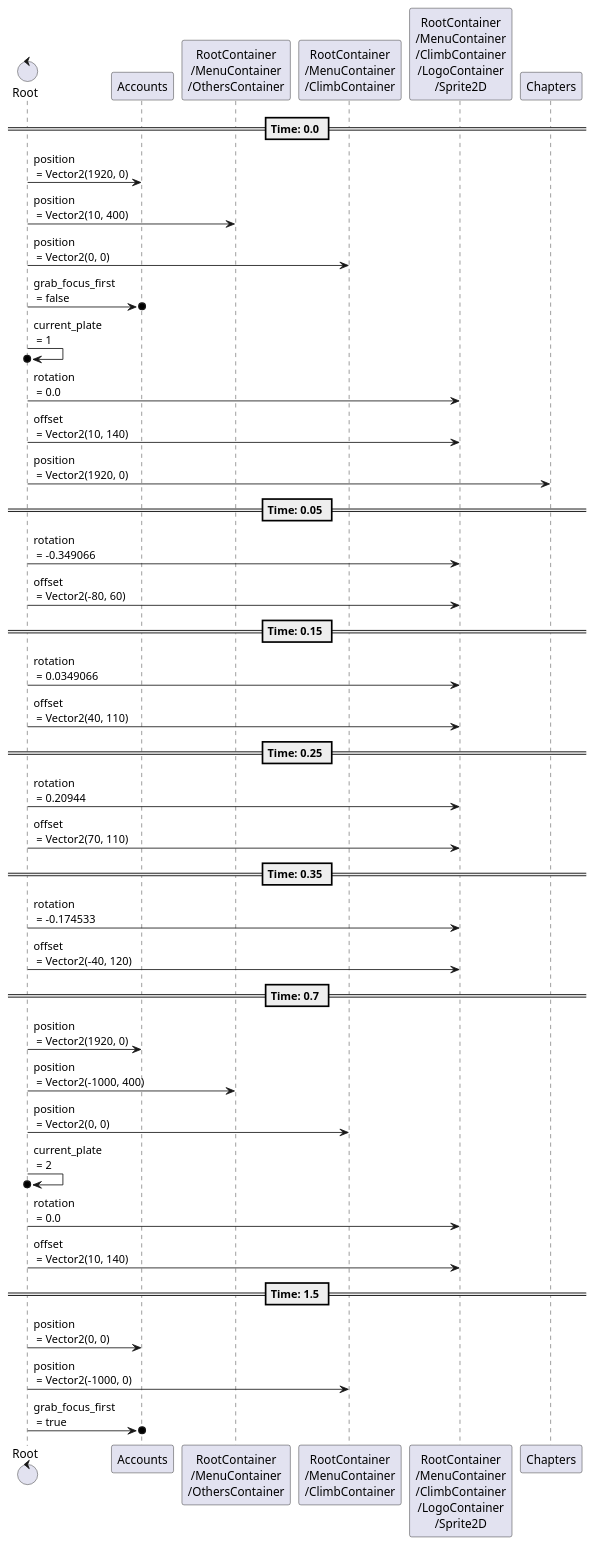
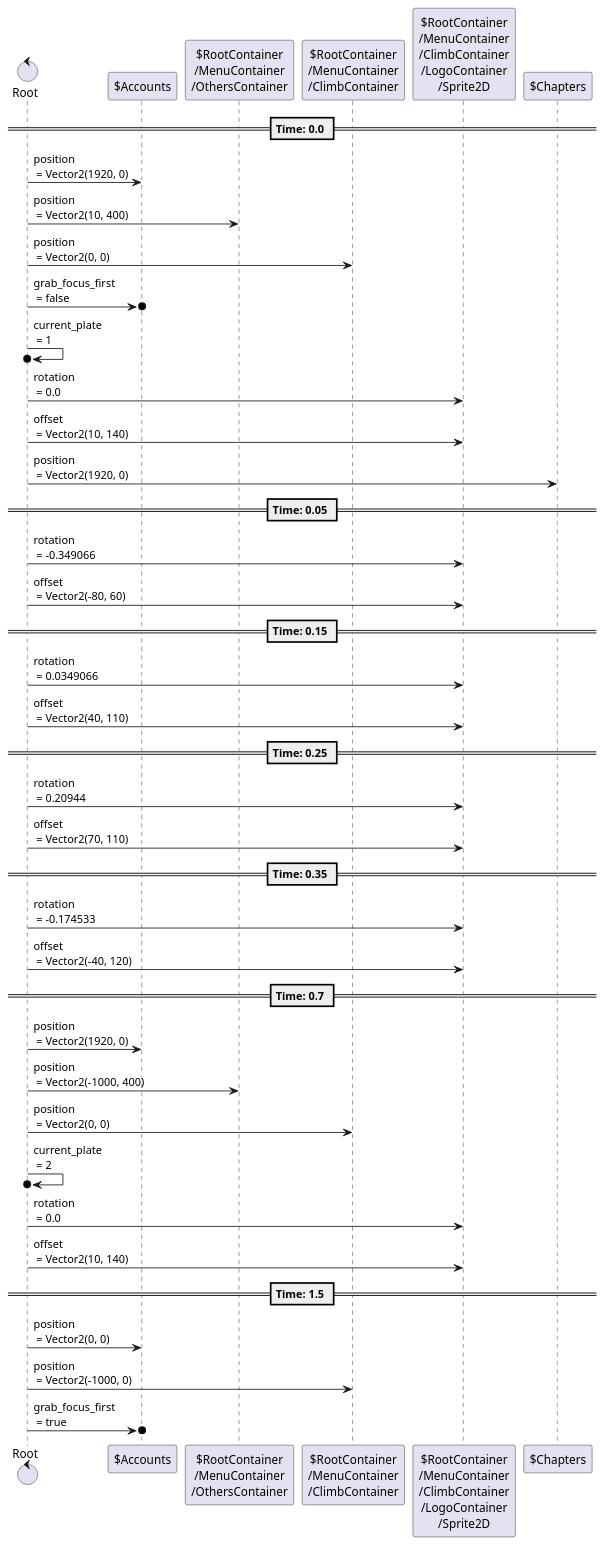
The sixth of 9 diagrams in content/scenes/src/beginning/menu/menu.tscn.adoc (tkmfujise/Platformer-Game-Learning), drawn with PlantUML before and after one commit. The commit also changed other lines of this file and 31 other files, not shown here.

Commit message:
Add prefix $ to node name in animation sequences

```diff
--- a/content/scenes/src/beginning/menu/menu.tscn.adoc
+++ b/content/scenes/src/beginning/menu/menu.tscn.adoc
@@ -415,46 +415,46 @@
 [plantuml]
 ....
-control "Root" as Root
-participant "Accounts" as T0
-participant "RootContainer\n/MenuContainer\n/OthersContainer" as T1
-participant "RootContainer\n/MenuContainer\n/ClimbContainer" as T2
-participant "RootContainer\n/MenuContainer\n/ClimbContainer\n/LogoContainer\n/Sprite2D" as T5
-participant "Chapters" as T7
+control "Root" as R
+participant "$Accounts" as T0
+participant "$RootContainer\n/MenuContainer\n/OthersContainer" as T1
+participant "$RootContainer\n/MenuContainer\n/ClimbContainer" as T2
+participant "$RootContainer\n/MenuContainer\n/ClimbContainer\n/LogoContainer\n/Sprite2D" as T5
+participant "$Chapters" as T7
 
 
 
 == Time: 0.0 ==
-Root  ->  T0 : position\n = Vector2(1920, 0)
-Root  ->  T1 : position\n = Vector2(10, 400)
-Root  ->  T2 : position\n = Vector2(0, 0)
-Root  ->o  T0 : grab_focus_first\n = false
-Root  ->o  Root : current_plate\n = 1
-Root  ->  T5 : rotation\n = 0.0
-Root  ->  T5 : offset\n = Vector2(10, 140)
-Root  ->  T7 : position\n = Vector2(1920, 0)
+R  ->  T0 : position\n = Vector2(1920, 0)
+R  ->  T1 : position\n = Vector2(10, 400)
+R  ->  T2 : position\n = Vector2(0, 0)
+R  ->o  T0 : grab_focus_first\n = false
+R  ->o  R : current_plate\n = 1
+R  ->  T5 : rotation\n = 0.0
+R  ->  T5 : offset\n = Vector2(10, 140)
+R  ->  T7 : position\n = Vector2(1920, 0)
 == Time: 0.05 ==
-Root  ->  T5 : rotation\n = -0.349066
-Root  ->  T5 : offset\n = Vector2(-80, 60)
+R  ->  T5 : rotation\n = -0.349066
+R  ->  T5 : offset\n = Vector2(-80, 60)
 == Time: 0.15 ==
-Root  ->  T5 : rotation\n = 0.0349066
-Root  ->  T5 : offset\n = Vector2(40, 110)
+R  ->  T5 : rotation\n = 0.0349066
+R  ->  T5 : offset\n = Vector2(40, 110)
 == Time: 0.25 ==
-Root  ->  T5 : rotation\n = 0.20944
-Root  ->  T5 : offset\n = Vector2(70, 110)
+R  ->  T5 : rotation\n = 0.20944
+R  ->  T5 : offset\n = Vector2(70, 110)
 == Time: 0.35 ==
-Root  ->  T5 : rotation\n = -0.174533
-Root  ->  T5 : offset\n = Vector2(-40, 120)
+R  ->  T5 : rotation\n = -0.174533
+R  ->  T5 : offset\n = Vector2(-40, 120)
 == Time: 0.7 ==
-Root  ->  T0 : position\n = Vector2(1920, 0)
-Root  ->  T1 : position\n = Vector2(-1000, 400)
-Root  ->  T2 : position\n = Vector2(0, 0)
-Root  ->o  Root : current_plate\n = 2
-Root  ->  T5 : rotation\n = 0.0
-Root  ->  T5 : offset\n = Vector2(10, 140)
+R  ->  T0 : position\n = Vector2(1920, 0)
+R  ->  T1 : position\n = Vector2(-1000, 400)
+R  ->  T2 : position\n = Vector2(0, 0)
+R  ->o  R : current_plate\n = 2
+R  ->  T5 : rotation\n = 0.0
+R  ->  T5 : offset\n = Vector2(10, 140)
 == Time: 1.5 ==
-Root  ->  T0 : position\n = Vector2(0, 0)
-Root  ->  T2 : position\n = Vector2(-1000, 0)
-Root  ->o  T0 : grab_focus_first\n = true
+R  ->  T0 : position\n = Vector2(0, 0)
+R  ->  T2 : position\n = Vector2(-1000, 0)
+R  ->o  T0 : grab_focus_first\n = true
 
 
 ....
```
